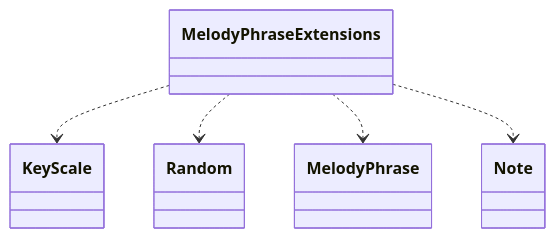
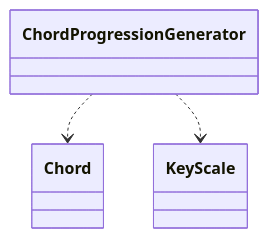
Before and after one commit to schnock-art/project_inspector: diagram 33 of 39 in test/test.md, drawn with Mermaid. The commit also changed other lines of this file and 3 other files, not shown here.

````diff
--- a/test/test.md
+++ b/test/test.md
@@ -494,7 +577,5 @@
 ```mermaid
 classDiagram
-MelodyPhraseExtensions ..> KeyScale
-MelodyPhraseExtensions ..> Random
-MelodyPhraseExtensions ..> MelodyPhrase
-MelodyPhraseExtensions ..> Note
+ChordProgressionGenerator ..> Chord
+ChordProgressionGenerator ..> KeyScale
 ```
````
